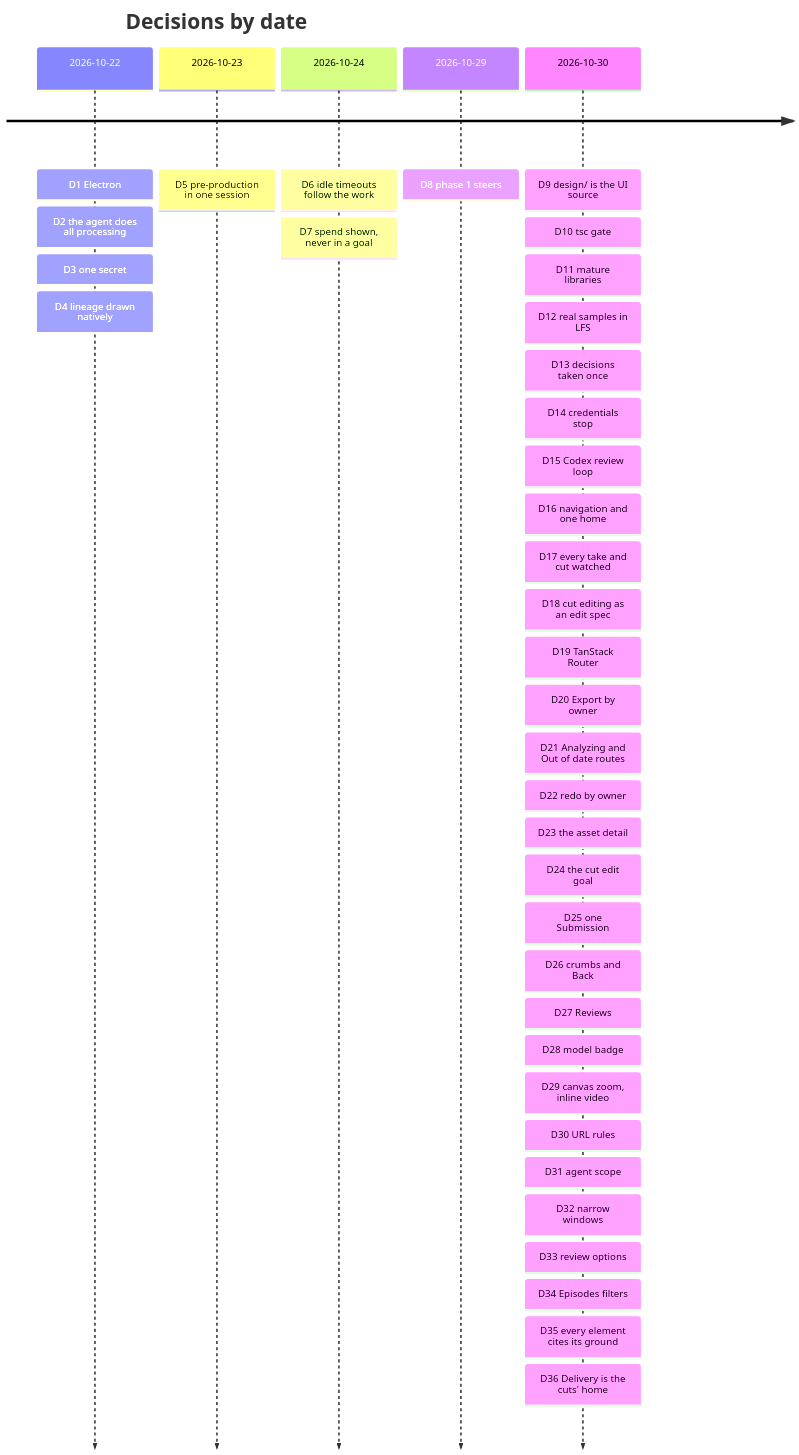
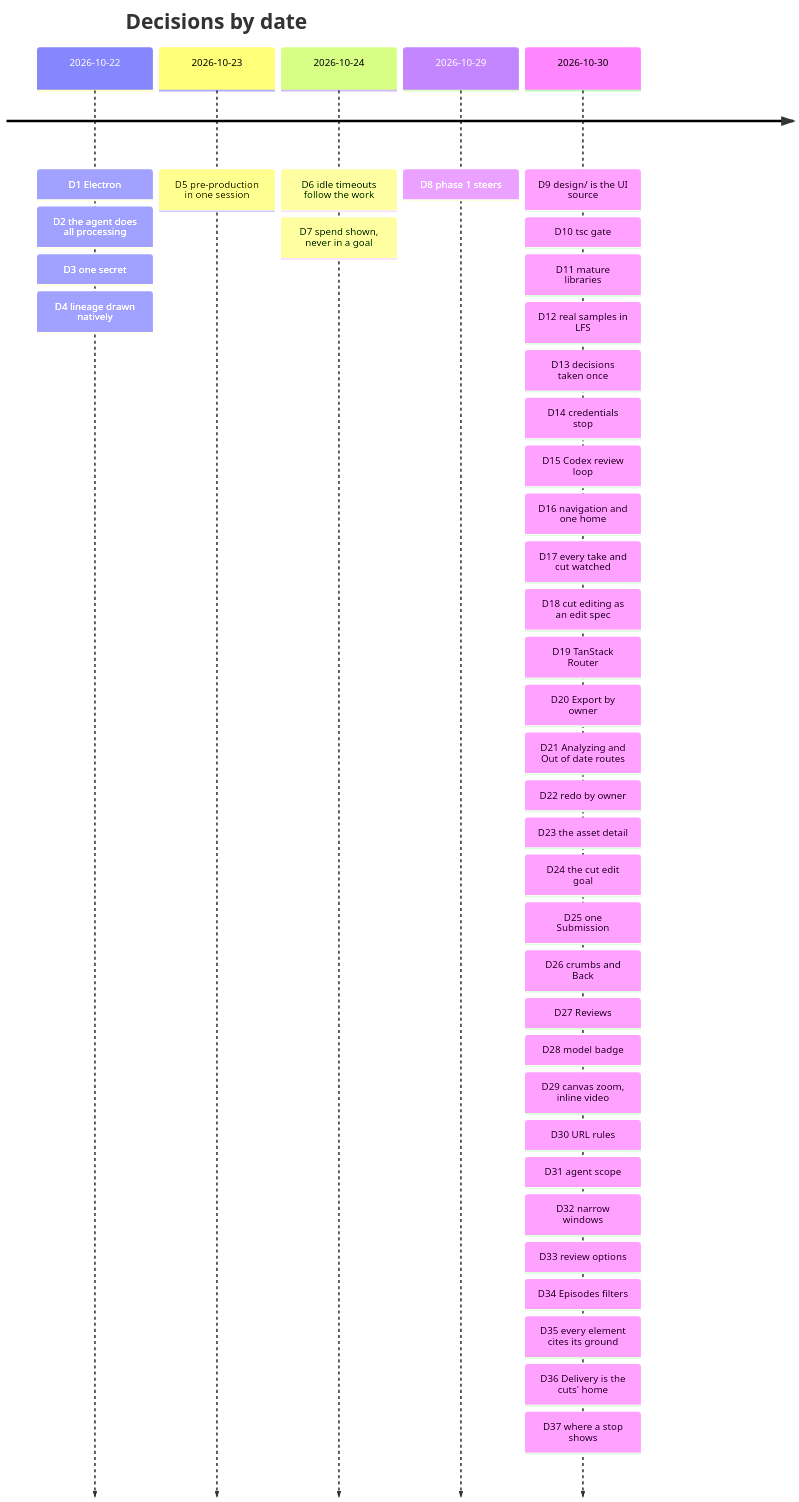
Before and after one commit to PineComputer/open-pinedrama: the diagram in docs/decisions.md, drawn with Mermaid. The commit also changed other lines of this file, not shown here.

Commit message:
docs: D37 a stop in full where it belongs; D25 finds a review decision by its submission; D32 the send bar clear of the ball

````diff
--- a/docs/decisions.md
+++ b/docs/decisions.md
@@ -16,9 +16,9 @@
 ```mermaid
 timeline
   title Decisions by date
   2026-10-22 : D1 Electron : D2 the agent does all processing : D3 one secret : D4 lineage drawn natively
   2026-10-23 : D5 pre-production in one session
   2026-10-24 : D6 idle timeouts follow the work : D7 spend shown, never in a goal
   2026-10-29 : D8 phase 1 steers
-  2026-10-30 : D9 design/ is the UI source : D10 tsc gate : D11 mature libraries : D12 real samples in LFS : D13 decisions taken once : D14 credentials stop : D15 Codex review loop : D16 navigation and one home : D17 every take and cut watched : D18 cut editing as an edit spec : D19 TanStack Router : D20 Export by owner : D21 Analyzing and Out of date routes : D22 redo by owner : D23 the asset detail : D24 the cut edit goal : D25 one Submission : D26 crumbs and Back : D27 Reviews : D28 model badge : D29 canvas zoom, inline video : D30 URL rules : D31 agent scope : D32 narrow windows : D33 review options : D34 Episodes filters : D35 every element cites its ground : D36 Delivery is the cuts' home
+  2026-10-30 : D9 design/ is the UI source : D10 tsc gate : D11 mature libraries : D12 real samples in LFS : D13 decisions taken once : D14 credentials stop : D15 Codex review loop : D16 navigation and one home : D17 every take and cut watched : D18 cut editing as an edit spec : D19 TanStack Router : D20 Export by owner : D21 Analyzing and Out of date routes : D22 redo by owner : D23 the asset detail : D24 the cut edit goal : D25 one Submission : D26 crumbs and Back : D27 Reviews : D28 model badge : D29 canvas zoom, inline video : D30 URL rules : D31 agent scope : D32 narrow windows : D33 review options : D34 Episodes filters : D35 every element cites its ground : D36 Delivery is the cuts' home : D37 where a stop shows
 ```
````
